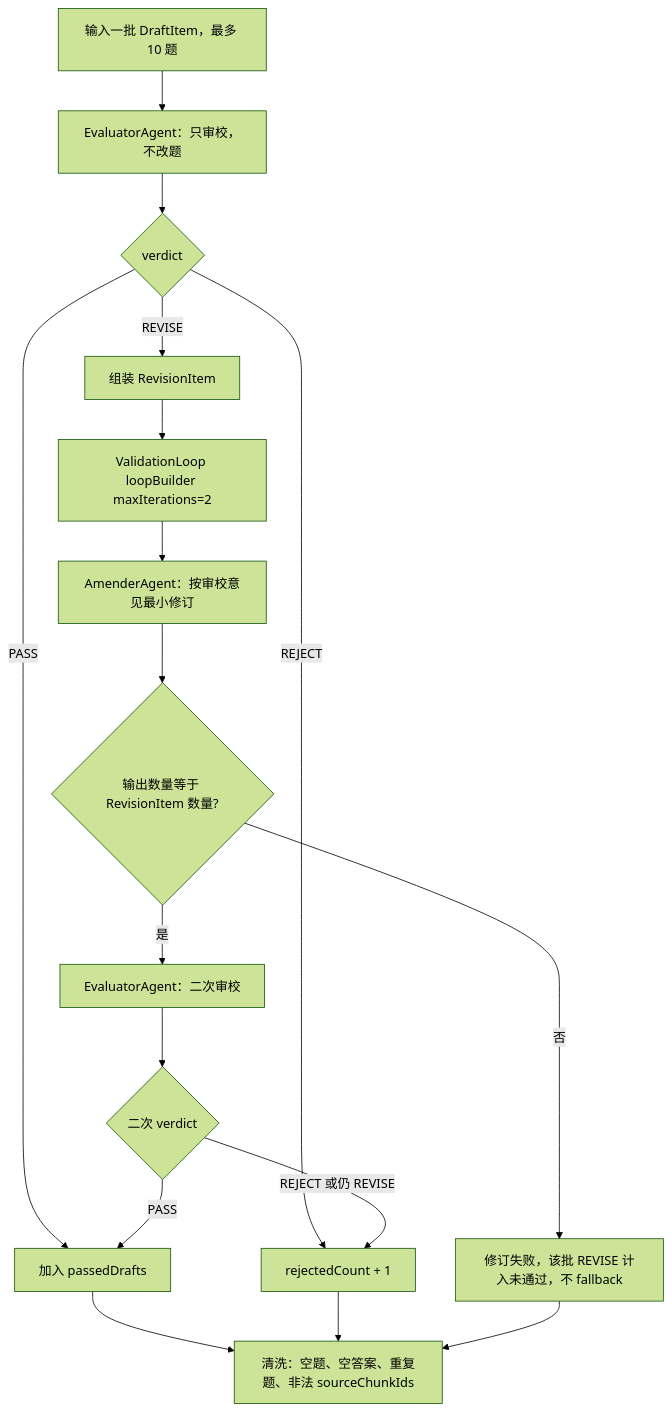
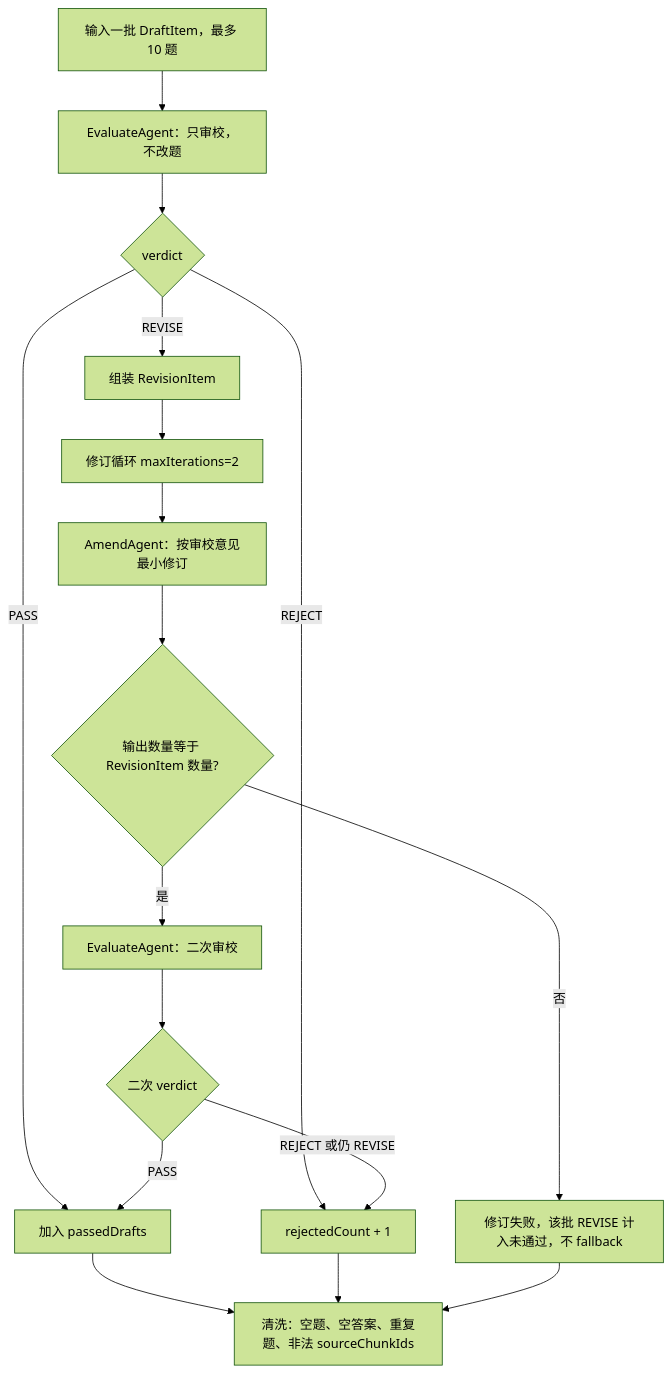
The third of 3 diagrams in docs/V3-GenerateAgent-Design.md (dasi0227/QA-Agent), drawn with Mermaid (forest theme) before and after one commit. The commit also changed other lines of this file and 86 other files, not shown here.

````diff
--- a/docs/V3-GenerateAgent-Design.md
+++ b/docs/V3-GenerateAgent-Design.md
@@ -82,19 +89,19 @@
 ```mermaid
 flowchart TD
-    B["输入一批 DraftItem，最多 10 题"] --> E1["EvaluatorAgent：只审校，不改题"]
+    B["输入一批 DraftItem，最多 10 题"] --> E1["EvaluateAgent：只审校，不改题"]
     E1 --> J1{"verdict"}
     J1 -->|PASS| OK["加入 passedDrafts"]
     J1 -->|REJECT| RJ["rejectedCount + 1"]
     J1 -->|REVISE| RI["组装 RevisionItem"]
-    RI --> LOOP["ValidationLoop loopBuilder maxIterations=2"]
-    LOOP --> A["AmenderAgent：按审校意见最小修订"]
+    RI --> LOOP["修订循环 maxIterations=2"]
+    LOOP --> A["AmendAgent：按审校意见最小修订"]
     A --> C{"输出数量等于 RevisionItem 数量?"}
     C -->|否| RJ2["修订失败，该批 REVISE 计入未通过，不 fallback"]
-    C -->|是| E2["EvaluatorAgent：二次审校"]
+    C -->|是| E2["EvaluateAgent：二次审校"]
     E2 --> J2{"二次 verdict"}
     J2 -->|PASS| OK
     J2 -->|REJECT 或仍 REVISE| RJ
     OK --> CLEAN["清洗：空题、空答案、重复题、非法 sourceChunkIds"]
     RJ --> CLEAN
     RJ2 --> CLEAN
 ```
````
